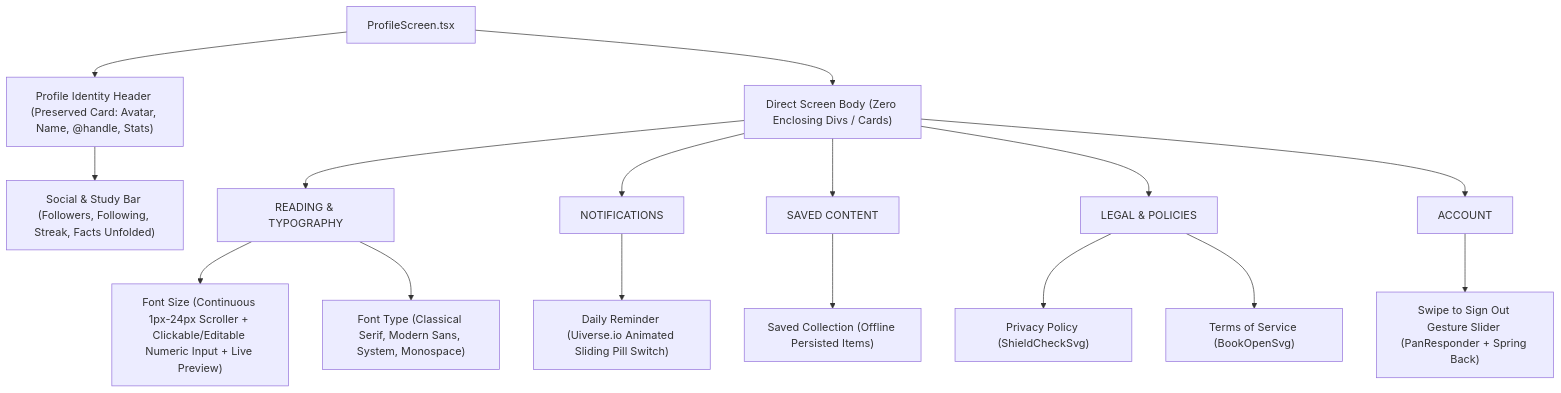
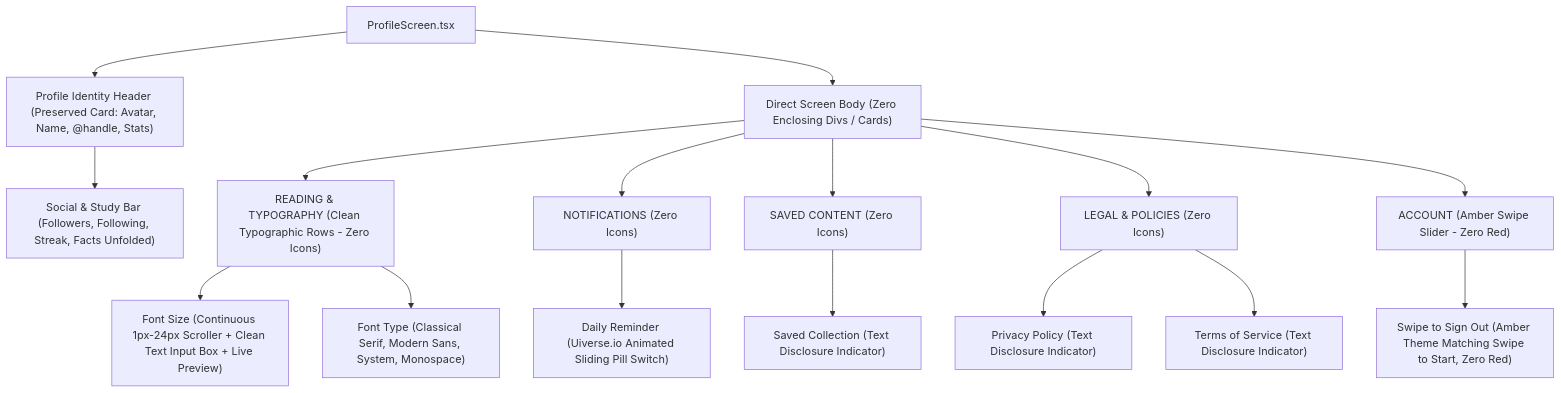
One commit to thulanesigasa/bible_fun_facts changed the third of 3 diagrams in README.md. Above: the diagram before and after it, drawn with Mermaid. The commit also changed other lines of this file and 1 other file, not shown here.

Commit message:
feat: text input format for font size, amber swipe to sign out matching start, and zero settings icons (#179)

````diff
--- a/README.md
+++ b/README.md
@@ -304,21 +304,21 @@
 ```mermaid
 graph TD
     ProfileScreen["ProfileScreen.tsx"] --> Header["Profile Identity Header (Preserved Card: Avatar, Name, @handle, Stats)"]
     Header --> SocialBar["Social & Study Bar (Followers, Following, Streak, Facts Unfolded)"]
     
     ProfileScreen --> DirectBody["Direct Screen Body (Zero Enclosing Divs / Cards)"]
     
-    DirectBody --> TypoGroup["READING & TYPOGRAPHY"]
-    DirectBody --> NotifGroup["NOTIFICATIONS"]
-    DirectBody --> SavedGroup["SAVED CONTENT"]
-    DirectBody --> LegalGroup["LEGAL & POLICIES"]
-    DirectBody --> AccountGroup["ACCOUNT"]
+    DirectBody --> TypoGroup["READING & TYPOGRAPHY (Clean Typographic Rows - Zero Icons)"]
+    DirectBody --> NotifGroup["NOTIFICATIONS (Zero Icons)"]
+    DirectBody --> SavedGroup["SAVED CONTENT (Zero Icons)"]
+    DirectBody --> LegalGroup["LEGAL & POLICIES (Zero Icons)"]
+    DirectBody --> AccountGroup["ACCOUNT (Amber Swipe Slider - Zero Red)"]
     
-    TypoGroup --> FontSizeCtrl["Font Size (Continuous 1px-24px Scroller + Clickable/Editable Numeric Input + Live Preview)"]
+    TypoGroup --> FontSizeCtrl["Font Size (Continuous 1px-24px Scroller + Clean Text Input Box + Live Preview)"]
     TypoGroup --> FontTypeCtrl["Font Type (Classical Serif, Modern Sans, System, Monospace)"]
     NotifGroup --> UiverseToggle["Daily Reminder (Uiverse.io Animated Sliding Pill Switch)"]
-    SavedGroup --> SavedLink["Saved Collection (Offline Persisted Items)"]
-    LegalGroup --> PrivacyLink["Privacy Policy (ShieldCheckSvg)"]
-    LegalGroup --> TermsLink["Terms of Service (BookOpenSvg)"]
-    AccountGroup --> SwipeSignOut["Swipe to Sign Out Gesture Slider (PanResponder + Spring Back)"]
+    SavedGroup --> SavedLink["Saved Collection (Text Disclosure Indicator)"]
+    LegalGroup --> PrivacyLink["Privacy Policy (Text Disclosure Indicator)"]
+    LegalGroup --> TermsLink["Terms of Service (Text Disclosure Indicator)"]
+    AccountGroup --> SwipeSignOut["Swipe to Sign Out (Amber Theme Matching Swipe to Start, Zero Red)"]
 ```
````
